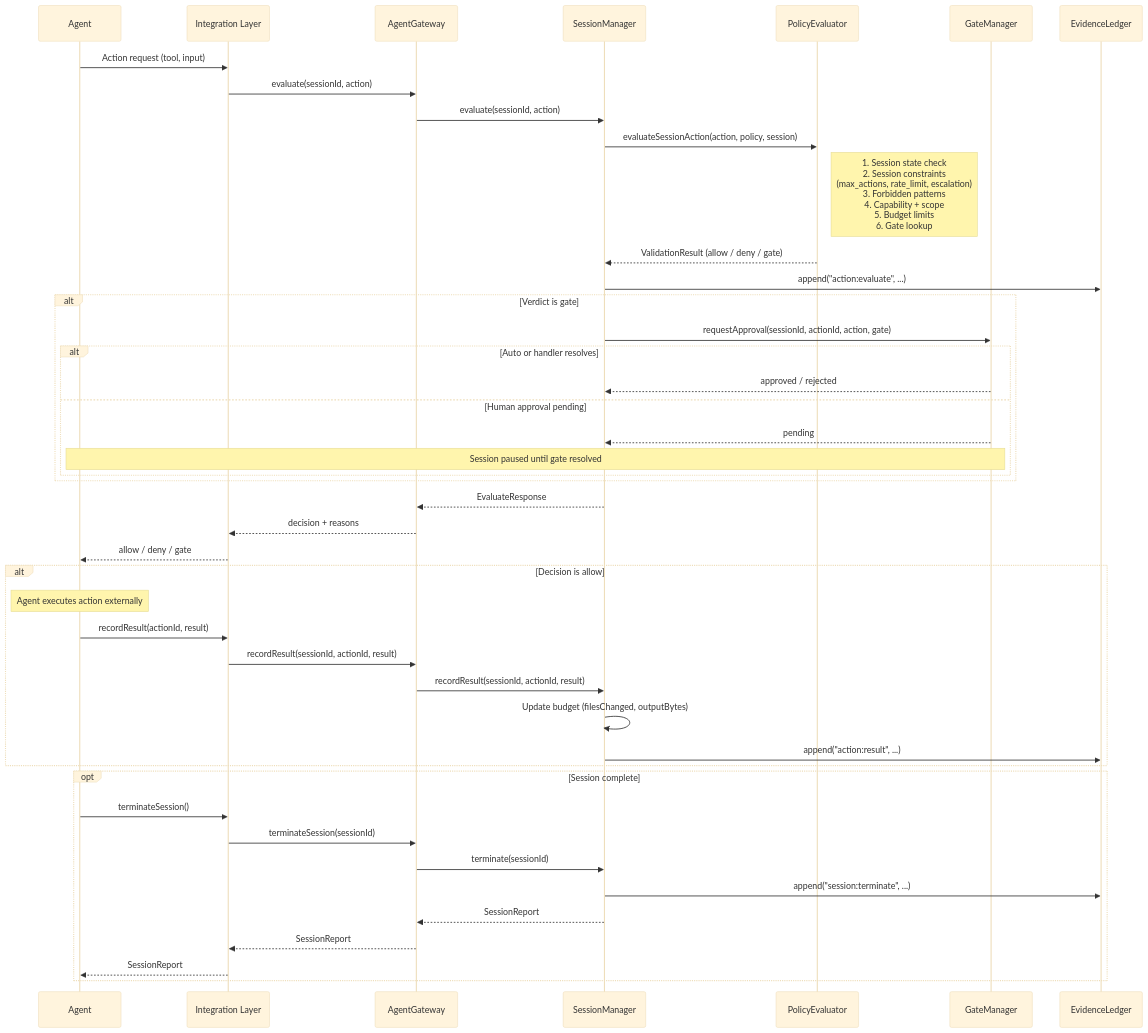
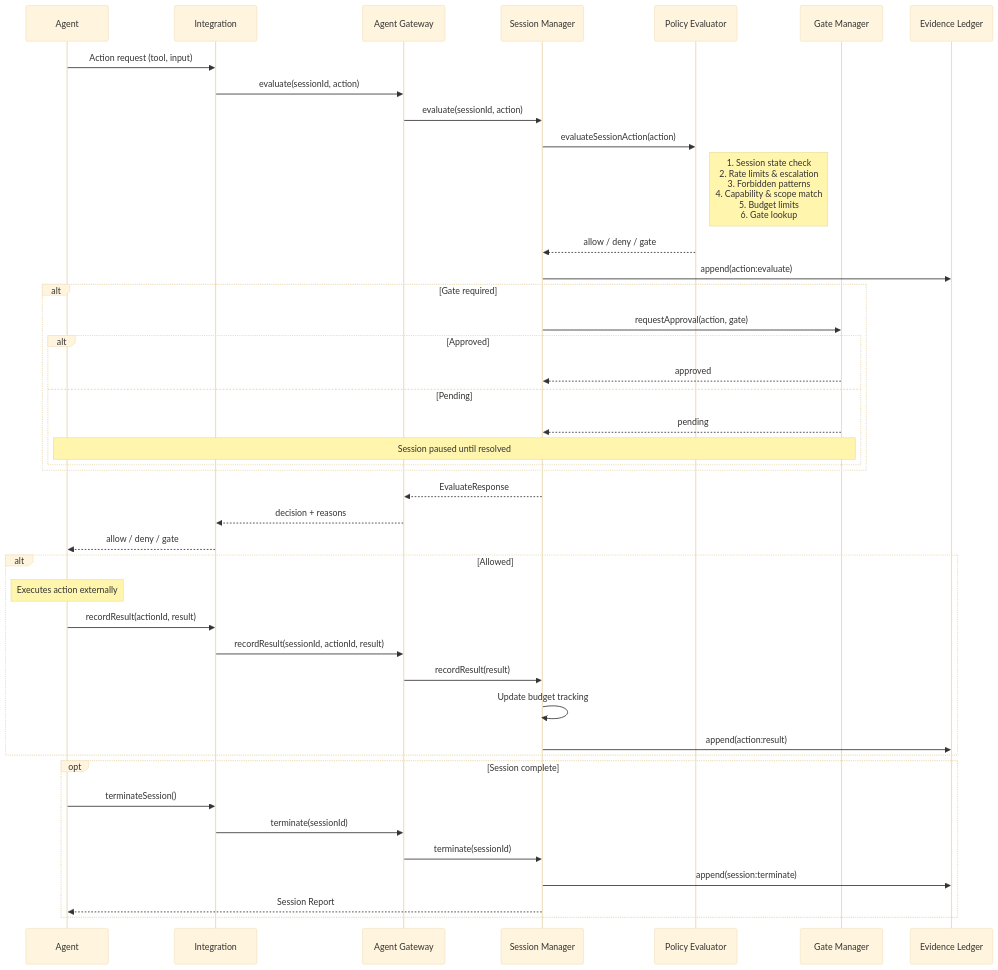
The third of 4 diagrams in README.md (elliot35/deterministic-agent-control-protocol), drawn with Mermaid (base theme) before and after one commit. The commit also changed other lines of this file and 2 other files, not shown here.

````diff
--- a/README.md
+++ b/README.md
@@ -335,53 +383,53 @@
 ```mermaid
 sequenceDiagram
     participant Agent
-    participant Integration as Integration Layer
-    participant Gateway as AgentGateway
-    participant Session as SessionManager
-    participant Policy as PolicyEvaluator
-    participant Gate as GateManager
-    participant Ledger as EvidenceLedger
+    participant Integration
+    participant Gateway as Agent Gateway
+    participant Session as Session Manager
+    participant Policy as Policy Evaluator
+    participant Gate as Gate Manager
+    participant Ledger as Evidence Ledger
 
-    Agent->>Integration: Action request (tool, input)
-    Integration->>Gateway: evaluate(sessionId, action)
-    Gateway->>Session: evaluate(sessionId, action)
+    Agent ->> Integration: Action request (tool, input)
+    Integration ->> Gateway: evaluate(sessionId, action)
+    Gateway ->> Session: evaluate(sessionId, action)
 
-    Session->>Policy: evaluateSessionAction(action, policy, session)
-    Note right of Policy: 1. Session state check<br/>2. Session constraints<br/>(max_actions, rate_limit, escalation)<br/>3. Forbidden patterns<br/>4. Capability + scope<br/>5. Budget limits<br/>6. Gate lookup
-    Policy-->>Session: ValidationResult (allow / deny / gate)
+    Session ->> Policy: evaluateSessionAction(action)
 
-    Session->>Ledger: append("action:evaluate", ...)
+    Note right of Policy: 1. Session state check<br/>2. Rate limits & escalation<br/>3. Forbidden patterns<br/>4. Capability & scope match<br/>5. Budget limits<br/>6. Gate lookup
 
-    alt Verdict is gate
-        Session->>Gate: requestApproval(sessionId, actionId, action, gate)
-        alt Auto or handler resolves
-            Gate-->>Session: approved / rejected
-        else Human approval pending
-            Gate-->>Session: pending
-            Note over Agent,Gate: Session paused until gate resolved
+    Policy -->> Session: allow / deny / gate
+
+    Session ->> Ledger: append(action:evaluate)
+
+    alt Gate required
+        Session ->> Gate: requestApproval(action, gate)
+        alt Approved
+            Gate -->> Session: approved
+        else Pending
+            Gate -->> Session: pending
+            Note over Agent, Gate: Session paused until resolved
         end
     end
 
-    Session-->>Gateway: EvaluateResponse
-    Gateway-->>Integration: decision + reasons
-    Integration-->>Agent: allow / deny / gate
+    Session -->> Gateway: EvaluateResponse
+    Gateway -->> Integration: decision + reasons
+    Integration -->> Agent: allow / deny / gate
 
-    alt Decision is allow
-        Note over Agent: Agent executes action externally
-        Agent->>Integration: recordResult(actionId, result)
-        Integration->>Gateway: recordResult(sessionId, actionId, result)
-        Gateway->>Session: recordResult(sessionId, actionId, result)
-        Session->>Session: Update budget (filesChanged, outputBytes)
-        Session->>Ledger: append("action:result", ...)
+    alt Allowed
+        Note over Agent: Executes action externally
+        Agent ->> Integration: recordResult(actionId, result)
+        Integration ->> Gateway: recordResult(sessionId, actionId, result)
+        Gateway ->> Session: recordResult(result)
+        Session ->> Session: Update budget tracking
+        Session ->> Ledger: append(action:result)
     end
 
     opt Session complete
-        Agent->>Integration: terminateSession()
-        Integration->>Gateway: terminateSession(sessionId)
-        Gateway->>Session: terminate(sessionId)
-        Session->>Ledger: append("session:terminate", ...)
-        Session-->>Gateway: SessionReport
-        Gateway-->>Integration: SessionReport
-        Integration-->>Agent: SessionReport
+        Agent ->> Integration: terminateSession()
+        Integration ->> Gateway: terminate(sessionId)
+        Gateway ->> Session: terminate(sessionId)
+        Session ->> Ledger: append(session:terminate)
+        Session -->> Agent: Session Report
     end
 ```
````
